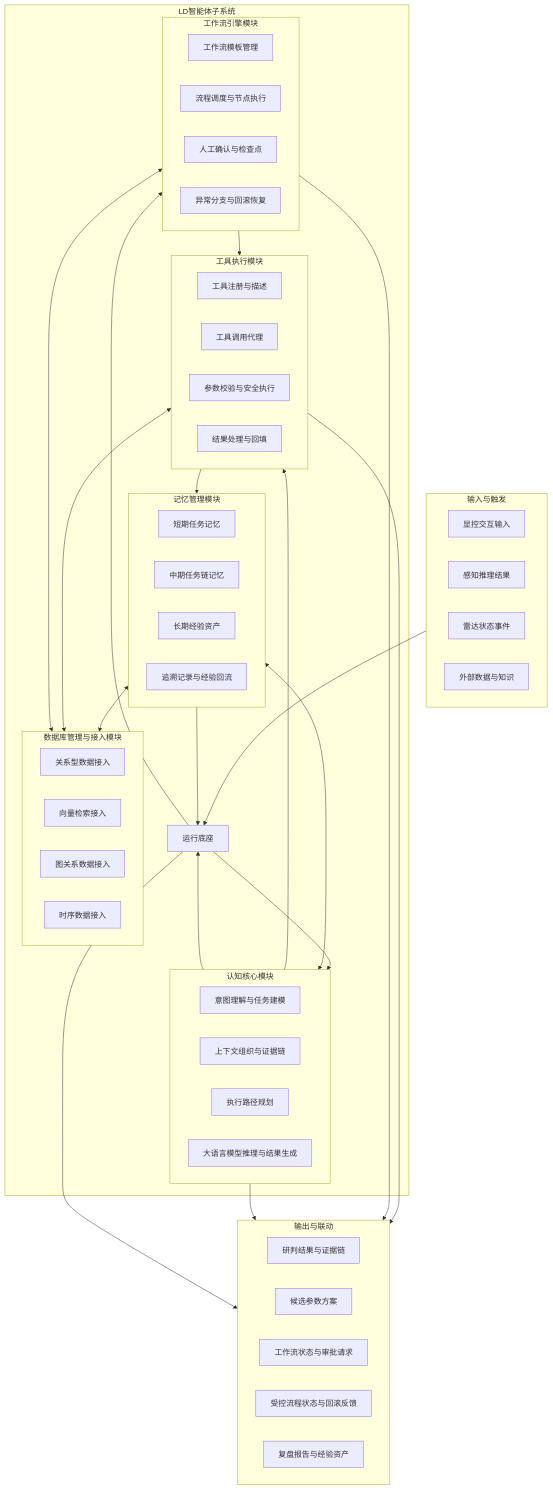
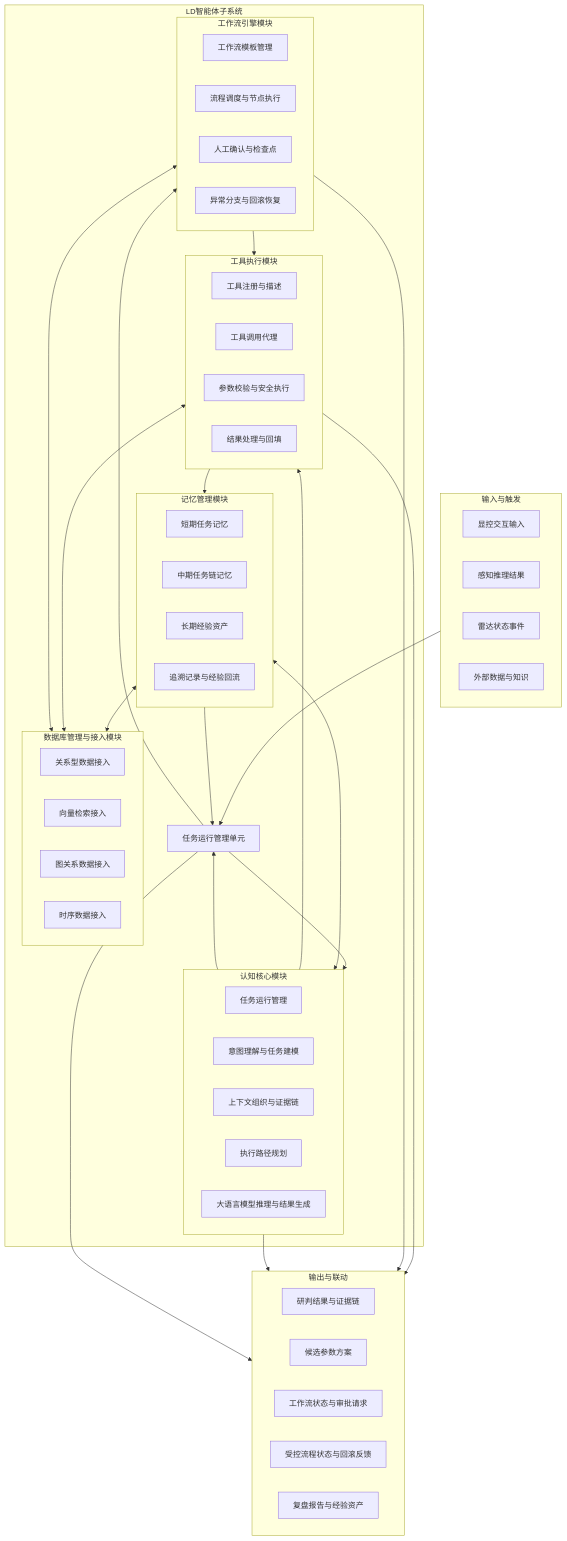
The third of 7 diagrams in radar agent/4.3.3.2 LD智能体子系统技术方案.md (StormSeven1/obsidian-vault), drawn with Mermaid before and after one commit. The commit also changed other lines of this file, not shown here.

````diff
--- a/radar agent/4.3.3.2 LD智能体子系统技术方案.md
+++ b/radar agent/4.3.3.2 LD智能体子系统技术方案.md
@@ -110,68 +110,69 @@
 ```mermaid
 graph TB
     subgraph INPUT[输入与触发]
         I1[显控交互输入]
         I2[感知推理结果]
         I3[雷达状态事件]
         I4[外部数据与知识]
     end
 
     subgraph CORE[LD智能体子系统]
-        H[运行底座]
+        H[任务运行管理单元]
         subgraph COG[认知核心模块]
-            C1[意图理解与任务建模]
-            C2[上下文组织与证据链]
-            C3[执行路径规划]
-            C4[大语言模型推理与结果生成]
+            C1[任务运行管理]
+            C2[意图理解与任务建模]
+            C3[上下文组织与证据链]
+            C4[执行路径规划]
+            C5[大语言模型推理与结果生成]
         end
         subgraph MEM[记忆管理模块]
             M1[短期任务记忆]
             M2[中期任务链记忆]
             M3[长期经验资产]
             M4[追溯记录与经验回流]
         end
         subgraph TOOL[工具执行模块]
             T1[工具注册与描述]
             T2[工具调用代理]
             T3[参数校验与安全执行]
             T4[结果处理与回填]
         end
         subgraph WF[工作流引擎模块]
             W1[工作流模板管理]
             W2[流程调度与节点执行]
             W3[人工确认与检查点]
             W4[异常分支与回滚恢复]
         end
         subgraph DB[数据库管理与接入模块]
             D1[关系型数据接入]
             D2[向量检索接入]
             D3[图关系数据接入]
             D4[时序数据接入]
         end
     end
 
     subgraph OUTPUT[输出与联动]
         O1[研判结果与证据链]
         O2[候选参数方案]
         O3[工作流状态与审批请求]
         O4[受控流程状态与回滚反馈]
         O5[复盘报告与经验资产]
     end
 
     INPUT --> H
     H --> COG
     COG <--> MEM
     COG --> TOOL
     COG --> H
     H --> WF
     WF --> TOOL
     MEM <--> DB
     TOOL <--> DB
     WF <--> DB
     TOOL --> MEM
     MEM --> H
     TOOL --> OUTPUT
     WF --> OUTPUT
     COG --> OUTPUT
     H --> OUTPUT
 ```
````
